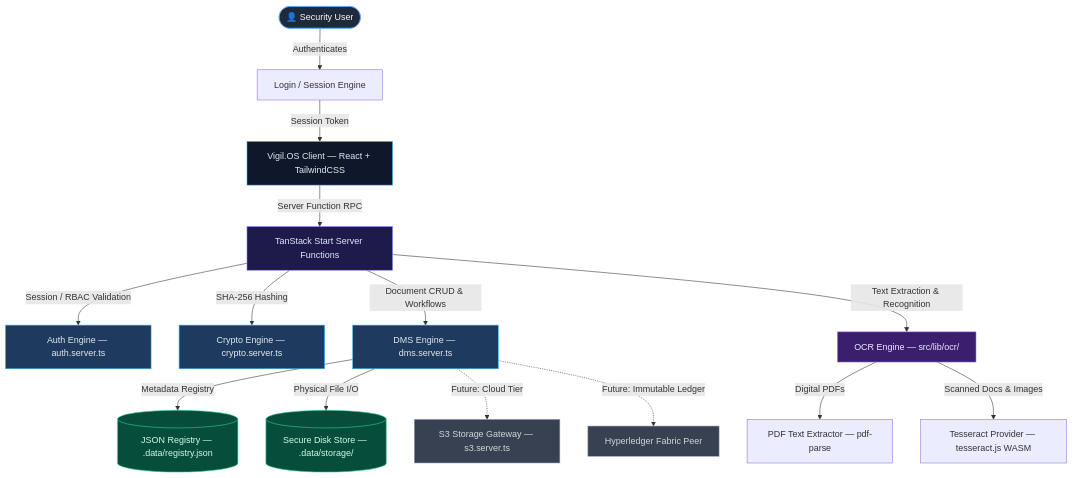
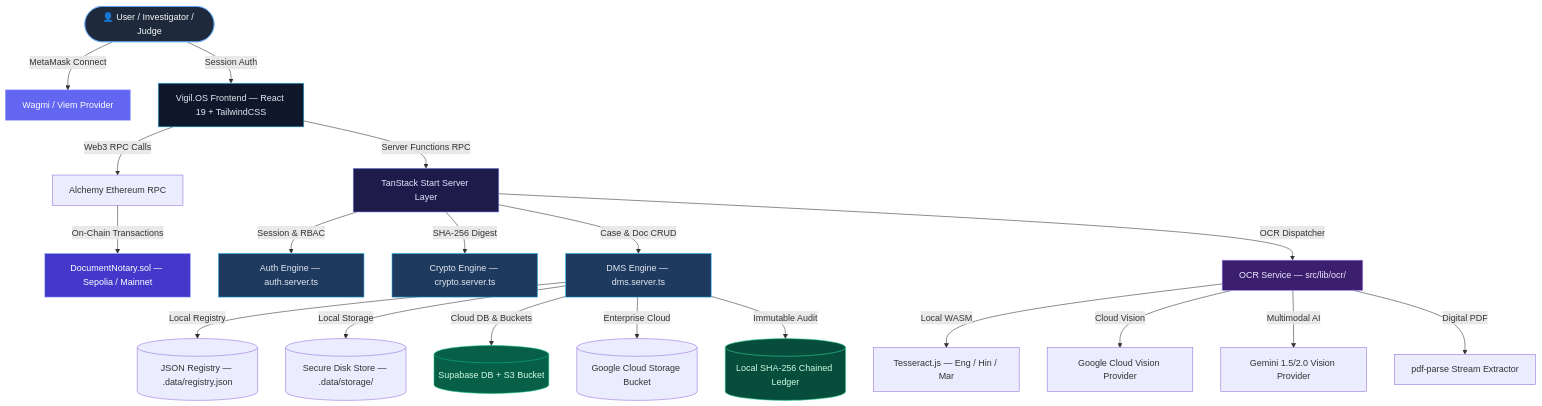
One commit to pranavkadam-cs/judicator-docs changed the first of 4 diagrams in README.md. Above: the diagram before and after it, drawn with Mermaid. The commit also changed other lines of this file and 21 other files, not shown here.

````diff
--- a/README.md
+++ b/README.md
@@ -11,33 +59,38 @@
 ```mermaid
 graph TD
-    User([👤 Security User]) -->|Authenticates| Login[Login / Session Engine]
-    Login -->|Session Token| Client[Vigil.OS Client — React + TailwindCSS]
+    User([👤 User / Investigator / Judge]) -->|MetaMask Connect| Web3[Wagmi / Viem Provider]
+    User -->|Session Auth| Client[Vigil.OS Frontend — React 19 + TailwindCSS]
 
-    Client -->|Server Function RPC| ServerFn[TanStack Start Server Functions]
+    Client -->|Web3 RPC Calls| Alchemy[Alchemy Ethereum RPC]
+    Alchemy -->|On-Chain Transactions| Contract[DocumentNotary.sol — Sepolia / Mainnet]
 
-    ServerFn -->|Session / RBAC Validation| Auth[Auth Engine — auth.server.ts]
-    ServerFn -->|SHA-256 Hashing| Crypto[Crypto Engine — crypto.server.ts]
-    ServerFn -->|Document CRUD & Workflows| DMS[DMS Engine — dms.server.ts]
-    ServerFn -->|Text Extraction & Recognition| OCR[OCR Engine — src/lib/ocr/]
+    Client -->|Server Functions RPC| ServerFn[TanStack Start Server Layer]
 
-    DMS -->|Metadata Registry| DB[(JSON Registry — .data/registry.json)]
-    DMS -->|Physical File I/O| Storage[(Secure Disk Store — .data/storage/)]
-    DMS -.->|Future: Cloud Tier| S3[S3 Storage Gateway — s3.server.ts]
+    ServerFn -->|Session & RBAC| Auth[Auth Engine — auth.server.ts]
+    ServerFn -->|SHA-256 Digest| Crypto[Crypto Engine — crypto.server.ts]
+    ServerFn -->|Case & Doc CRUD| DMS[DMS Engine — dms.server.ts]
+    ServerFn -->|OCR Dispatcher| OCR[OCR Service — src/lib/ocr/]
 
-    OCR -->|Digital PDFs| PDFExtractor[PDF Text Extractor — pdf-parse]
-    OCR -->|Scanned Docs & Images| Tesseract[Tesseract Provider — tesseract.js WASM]
+    OCR -->|Local WASM| Tesseract[Tesseract.js — Eng / Hin / Mar]
+    OCR -->|Cloud Vision| GCV[Google Cloud Vision Provider]
+    OCR -->|Multimodal AI| Gemini[Gemini 1.5/2.0 Vision Provider]
+    OCR -->|Digital PDF| PDFParse[pdf-parse Stream Extractor]
 
-    DMS -.->|Future: Immutable Ledger| Blockchain[Hyperledger Fabric Peer]
+    DMS -->|Local Registry| DB[(JSON Registry — .data/registry.json)]
+    DMS -->|Local Storage| Disk[(Secure Disk Store — .data/storage/)]
+    DMS -->|Cloud DB & Buckets| Supabase[(Supabase DB + S3 Bucket)]
+    DMS -->|Enterprise Cloud| GCS[(Google Cloud Storage Bucket)]
+    DMS -->|Immutable Audit| Ledger[(Local SHA-256 Chained Ledger)]
 
     style User fill:#1e293b,stroke:#60a5fa,color:#f8fafc
     style Client fill:#0f172a,stroke:#38bdf8,color:#e2e8f0
+    style Web3 fill:#6366f1,stroke:#818cf8,color:#ffffff
+    style Contract fill:#4338ca,stroke:#a5b4fc,color:#ffffff
     style ServerFn fill:#1e1b4b,stroke:#818cf8,color:#e0e7ff
     style Auth fill:#1e3a5f,stroke:#38bdf8,color:#e2e8f0
     style Crypto fill:#1e3a5f,stroke:#38bdf8,color:#e2e8f0
     style DMS fill:#1e3a5f,stroke:#38bdf8,color:#e2e8f0
     style OCR fill:#3b1f6e,stroke:#a78bfa,color:#ede9fe
-    style DB fill:#064e3b,stroke:#34d399,color:#d1fae5
-    style Storage fill:#064e3b,stroke:#34d399,color:#d1fae5
-    style S3 fill:#374151,stroke:#9ca3af,color:#d1d5db
-    style Blockchain fill:#374151,stroke:#9ca3af,color:#d1d5db
+    style Ledger fill:#064e3b,stroke:#34d399,color:#d1fae5
+    style Supabase fill:#065f46,stroke:#10b981,color:#d1fae5
 ```
````
